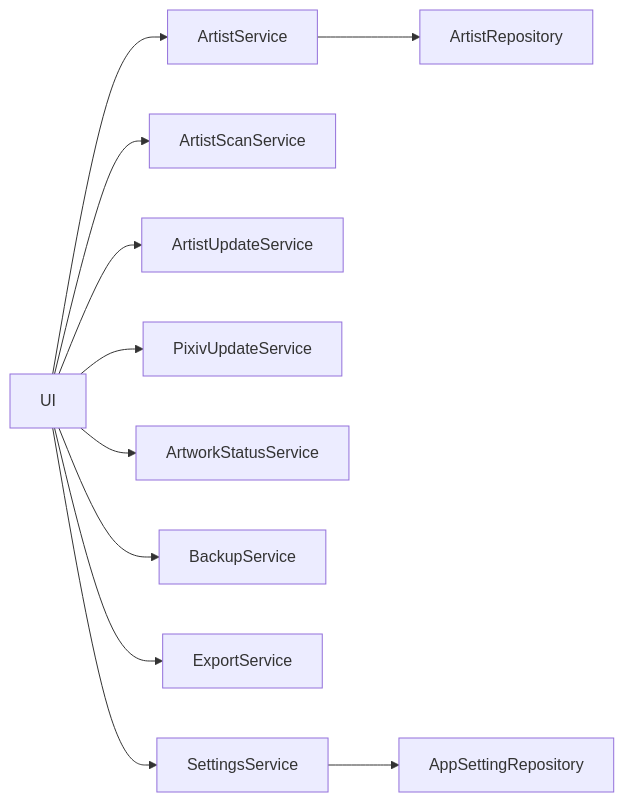
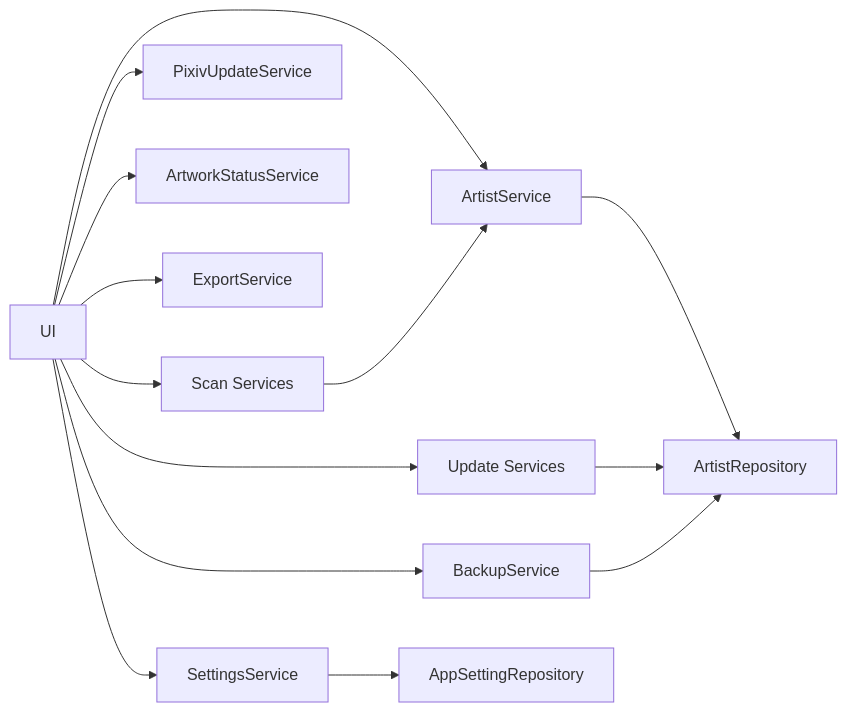
The diagram in docs/08_SERVICES.md (PKT0623/PixivLocalManager), drawn with Mermaid before and after one commit. The commit also changed other lines of this file and 5 other files, not shown here.

````diff
--- a/docs/08_SERVICES.md
+++ b/docs/08_SERVICES.md
@@ -23,17 +64,20 @@
 ```mermaid
 flowchart LR
 
 UI[UI]
 
 UI --> ARTIST[ArtistService]
-UI --> SCAN[ArtistScanService]
-UI --> UPDATE[ArtistUpdateService]
+UI --> SCAN[Scan Services]
+UI --> UPDATE[Update Services]
 UI --> PIXIV[PixivUpdateService]
 UI --> STATUS[ArtworkStatusService]
 UI --> BACKUP[BackupService]
 UI --> EXPORT[ExportService]
 UI --> SETTINGS[SettingsService]
 
 ARTIST --> REPO[ArtistRepository]
+SCAN --> ARTIST
+UPDATE --> REPO
+BACKUP --> REPO
 SETTINGS --> SETTING_REPO[AppSettingRepository]
 ```
````
